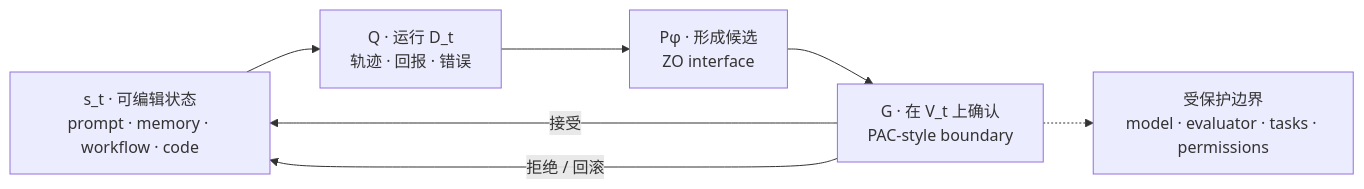
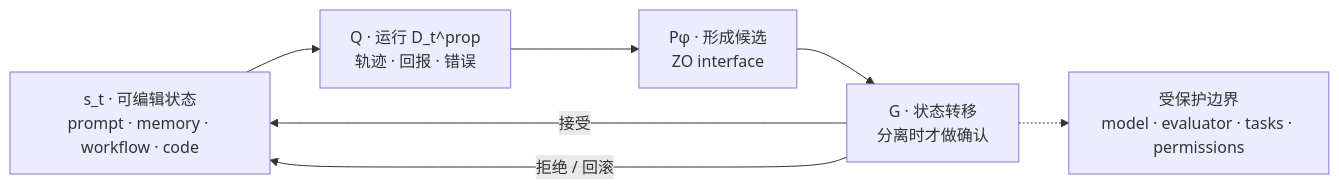
The diagram in README_zh.md (Weichy9218/Awesome-Harness-Optimization), drawn with Mermaid before and after one commit. The commit also changed other lines of this file and 8 other files, not shown here.

```diff
--- a/README_zh.md
+++ b/README_zh.md
@@ -54,9 +82,9 @@
 ~~~mermaid
 flowchart LR
-    S["s_t · 可编辑状态<br/>prompt · memory · workflow · code"] --> Q["Q · 运行 D_t<br/>轨迹 · 回报 · 错误"]
+    S["s_t · 可编辑状态<br/>prompt · memory · workflow · code"] --> Q["Q · 运行 D_t^prop<br/>轨迹 · 回报 · 错误"]
     Q --> P["Pφ · 形成候选<br/>ZO interface"]
-    P --> G["G · 在 V_t 上确认<br/>PAC-style boundary"]
+    P --> G["G · 状态转移<br/>分离时才做确认"]
     G -->|接受| S
     G -->|拒绝 / 回滚| S
     G -.-> B["受保护边界<br/>model · evaluator · tasks · permissions"]
 ~~~
```
